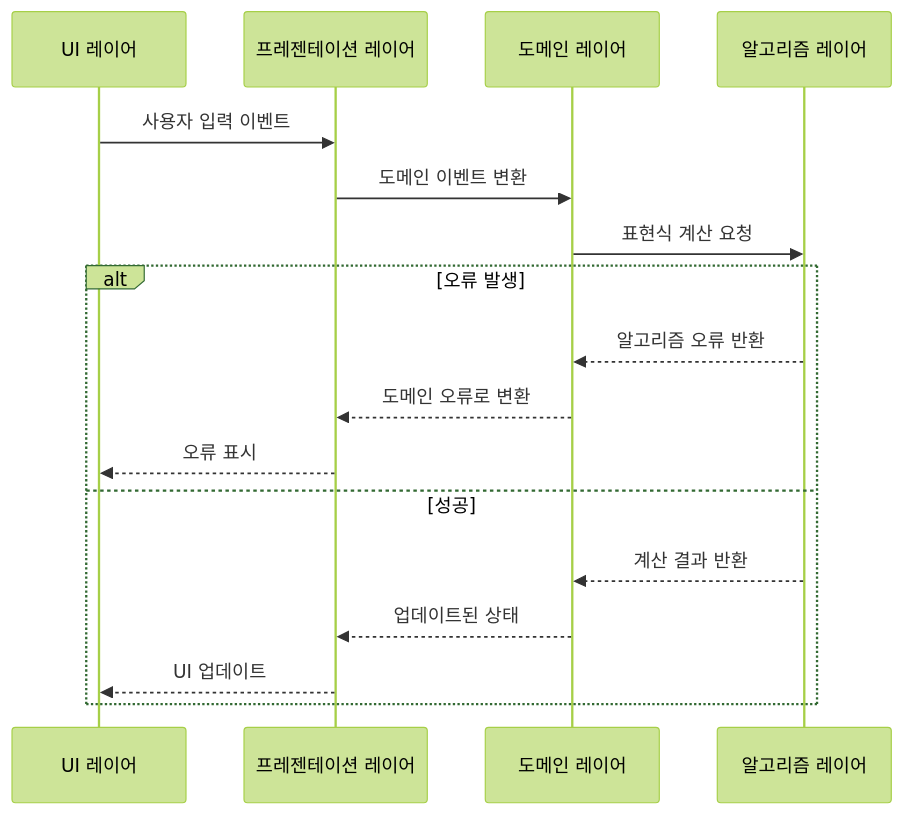
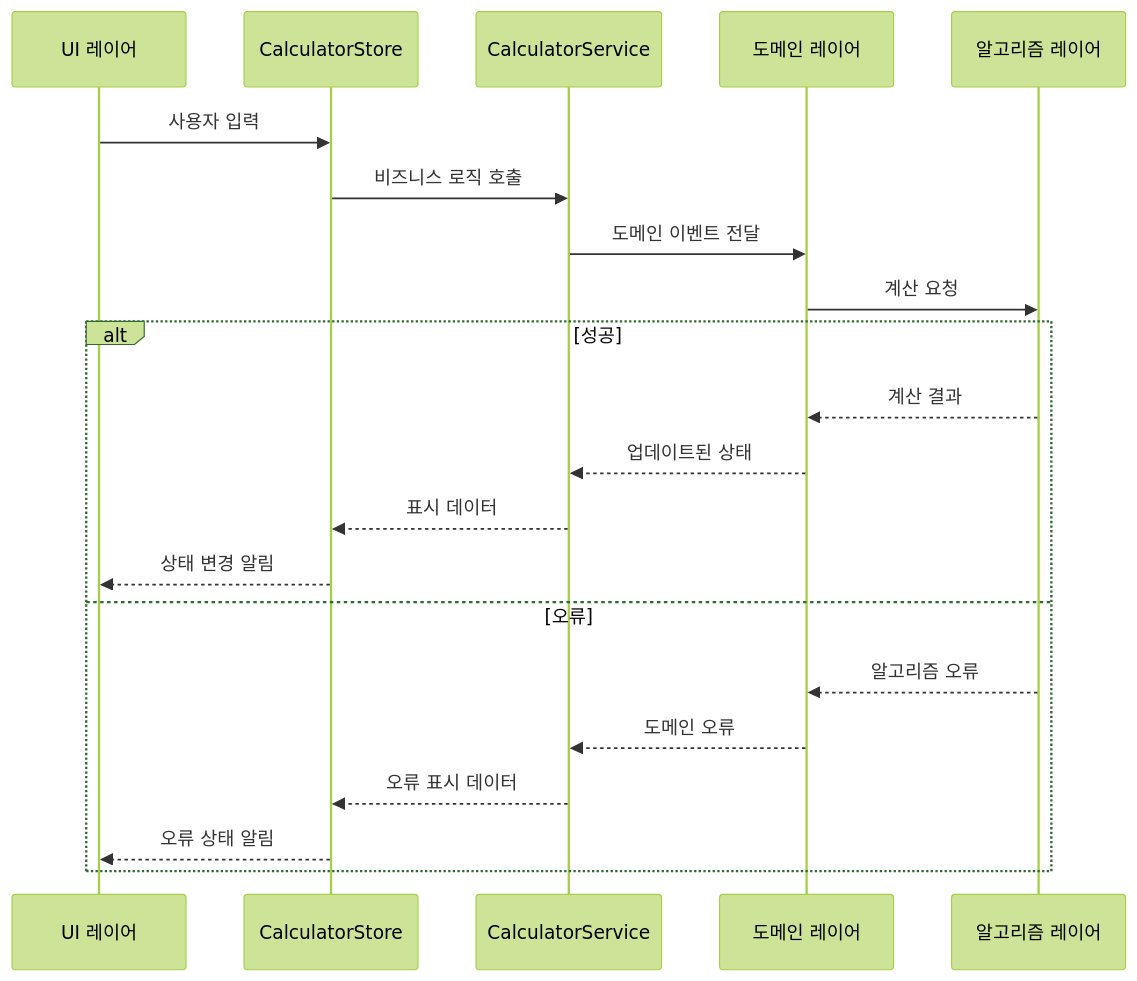
One commit to saengmotmi/calculator changed the second of 2 diagrams in README.md. Above: the diagram before and after it, drawn with Mermaid (forest theme). The commit also changed other lines of this file and 17 other files, not shown here.

````diff
--- a/README.md
+++ b/README.md
@@ -81,21 +95,25 @@
 ```mermaid
 sequenceDiagram
     participant UI as UI 레이어
-    participant Presenter as 프레젠테이션 레이어
+    participant Store as CalculatorStore
+    participant Service as CalculatorService
     participant Domain as 도메인 레이어
     participant Algorithm as 알고리즘 레이어
 
-    UI->>Presenter: 사용자 입력 이벤트
-    Presenter->>Domain: 도메인 이벤트 변환
-    Domain->>Algorithm: 표현식 계산 요청
+    UI->>Store: 사용자 입력
+    Store->>Service: 비즈니스 로직 호출
+    Service->>Domain: 도메인 이벤트 전달
+    Domain->>Algorithm: 계산 요청
 
-    alt 오류 발생
-        Algorithm-->>Domain: 알고리즘 오류 반환
-        Domain-->>Presenter: 도메인 오류로 변환
-        Presenter-->>UI: 오류 표시
-    else 성공
-        Algorithm-->>Domain: 계산 결과 반환
-        Domain-->>Presenter: 업데이트된 상태
-        Presenter-->>UI: UI 업데이트
+    alt 성공
+        Algorithm-->>Domain: 계산 결과
+        Domain-->>Service: 업데이트된 상태
+        Service-->>Store: 표시 데이터
+        Store-->>UI: 상태 변경 알림
+    else 오류
+        Algorithm-->>Domain: 알고리즘 오류
+        Domain-->>Service: 도메인 오류
+        Service-->>Store: 오류 표시 데이터
+        Store-->>UI: 오류 상태 알림
     end
 ```
````
